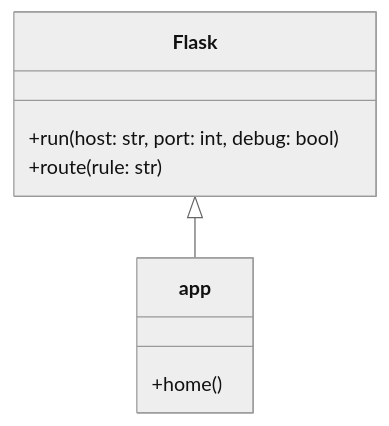
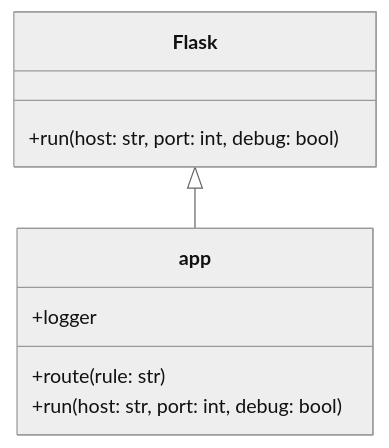
Before and after one commit to ashwanth01-pixel/flaskapp: the second of 3 diagrams in DESIGN.md, drawn with Mermaid (neutral theme). The commit also changed other lines of this file and 2 other files, not shown here.

Commit message:
Automated: Add repo analysis, fixes, UML, and design diagram

````diff
--- a/DESIGN.md
+++ b/DESIGN.md
@@ -37,11 +38,12 @@
 ```mermaid
 classDiagram
     class Flask {
         +run(host: str, port: int, debug: bool)
-        +route(rule: str)
     }
     class app {
-        +home()
+        +route(rule: str)
+        +logger
+        +run(host: str, port: int, debug: bool)
     }
     Flask <|-- app
 ```
````
